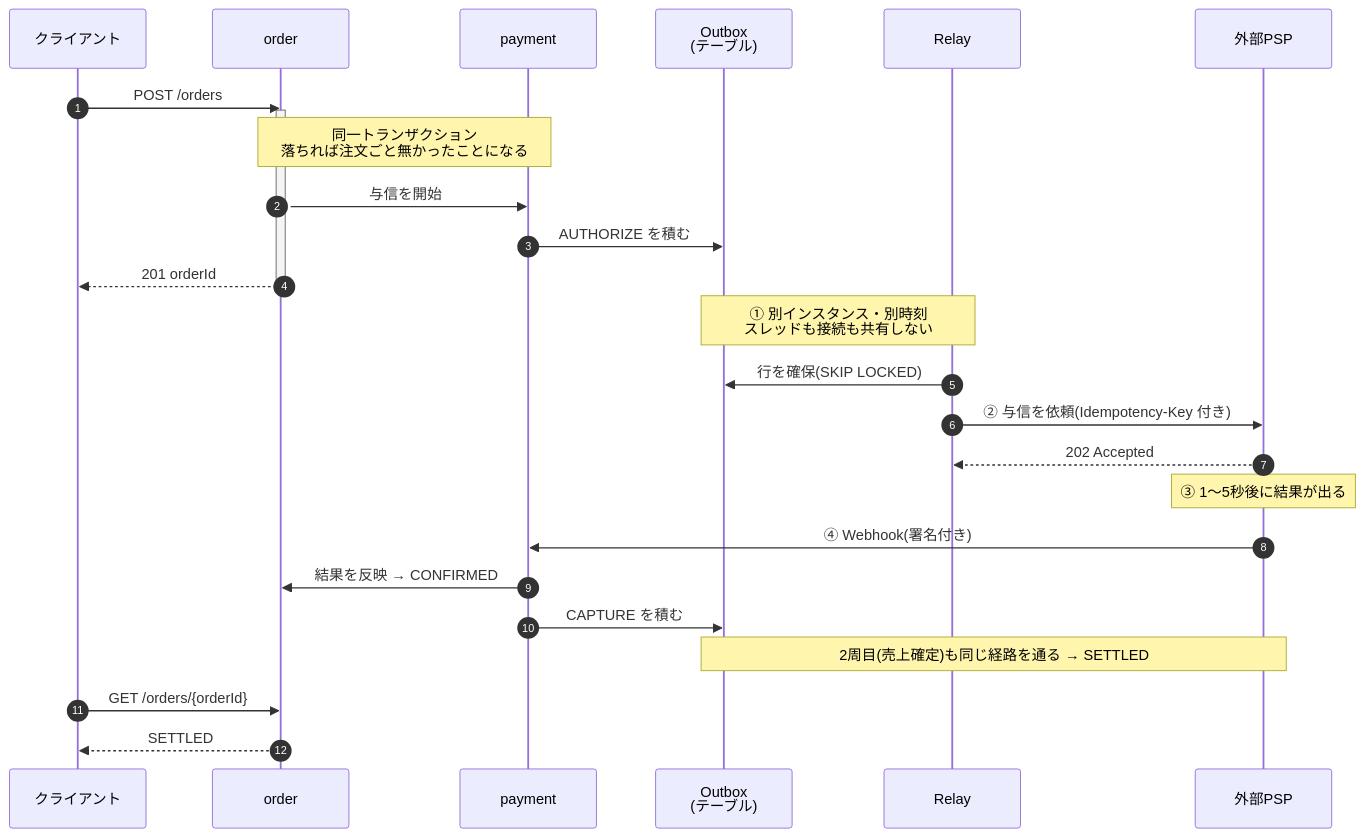
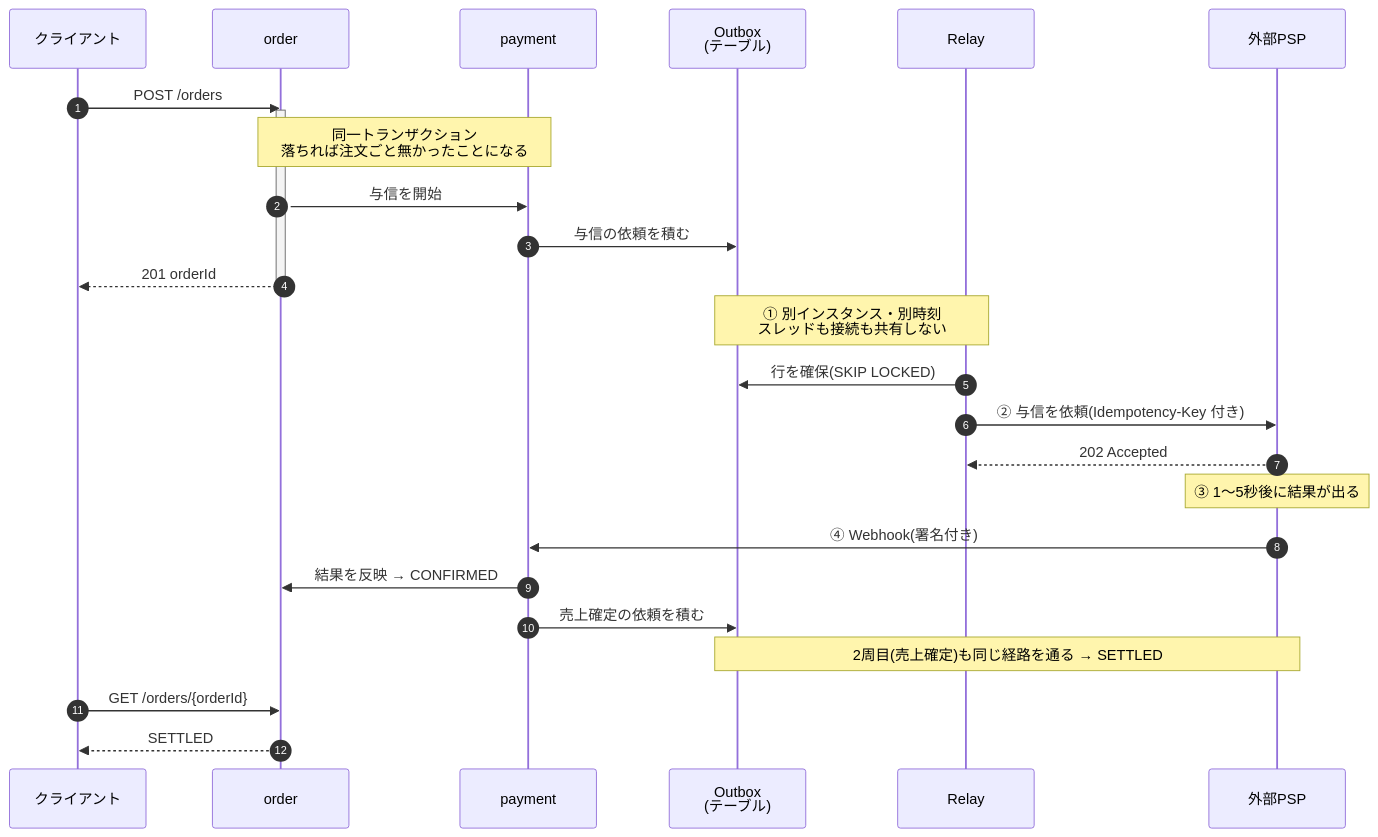
The first of 2 diagrams in README.md (mizuna325/settlement), drawn with Mermaid before and after one commit. The commit also changed other lines of this file and 15 other files, not shown here.

First line of the commit message:
write log messages in English and redraw the overview as a call diagram

````diff
--- a/README.md
+++ b/README.md
@@ -13,32 +13,32 @@
 ```mermaid
 sequenceDiagram
     autonumber
     participant C as クライアント
     participant O as order
     participant P as payment
     participant DB as Outbox<br/>(テーブル)
     participant R as Relay
     participant PSP as 外部PSP
 
     C->>O: POST /orders
     activate O
     Note over O,P: 同一トランザクション<br/>落ちれば注文ごと無かったことになる
     O->>P: 与信を開始
-    P->>DB: AUTHORIZE を積む
+    P->>DB: 与信の依頼を積む
     O-->>C: 201 orderId
     deactivate O
 
     Note over DB,R: ① 別インスタンス・別時刻<br/>スレッドも接続も共有しない
     R->>DB: 行を確保(SKIP LOCKED)
     R->>PSP: ② 与信を依頼(Idempotency-Key 付き)
     PSP-->>R: 202 Accepted
     Note over PSP: ③ 1〜5秒後に結果が出る
     PSP->>P: ④ Webhook(署名付き)
     P->>O: 結果を反映 → CONFIRMED
-    P->>DB: CAPTURE を積む
+    P->>DB: 売上確定の依頼を積む
 
     Note over DB,PSP: 2周目(売上確定)も同じ経路を通る → SETTLED
 
     C->>O: GET /orders/{orderId}
     O-->>C: SETTLED
 ```
````
